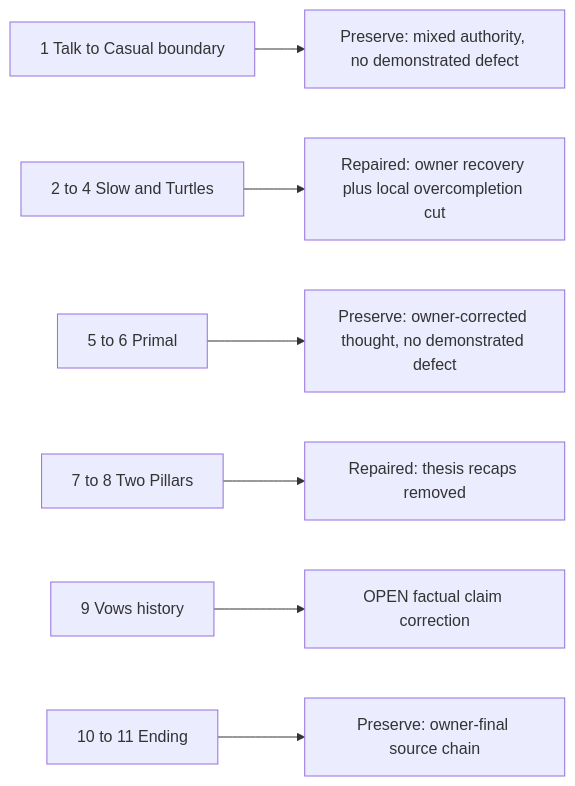
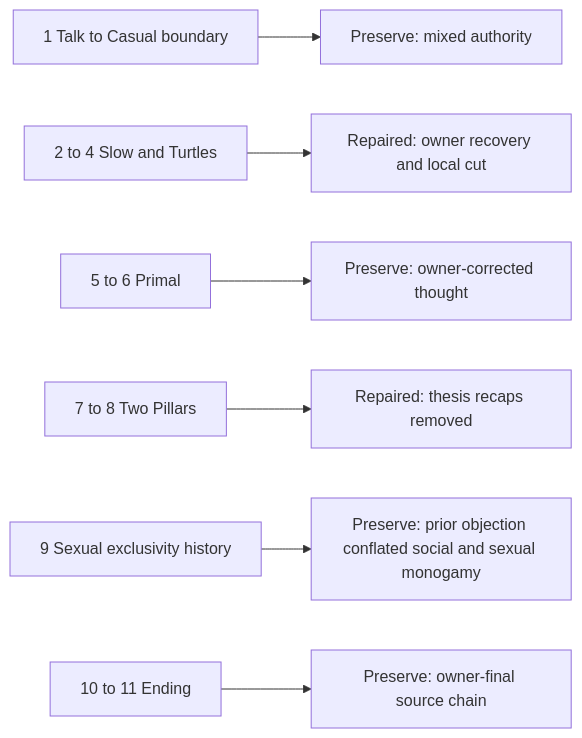
Before and after one commit to u-dont-existDOTcom/pangram-humanization-lab: the fourth of 4 diagrams in work/romance-current-assembly/ARCHITECTURE.md, drawn with Mermaid. The commit also changed other lines of this file, not shown here.

Commit message:
state: resolve Gandarussa and sexual-monogamy owner corrections

````diff
--- a/work/romance-current-assembly/ARCHITECTURE.md
+++ b/work/romance-current-assembly/ARCHITECTURE.md
@@ -85,9 +85,9 @@
 ```mermaid
 flowchart LR
-    talk["1 Talk to Casual boundary"] --> preserve1["Preserve: mixed authority, no demonstrated defect"]
-    slow["2 to 4 Slow and Turtles"] --> repaired1["Repaired: owner recovery plus local overcompletion cut"]
-    primal["5 to 6 Primal"] --> preserve2["Preserve: owner-corrected thought, no demonstrated defect"]
+    talk["1 Talk to Casual boundary"] --> preserve1["Preserve: mixed authority"]
+    slow["2 to 4 Slow and Turtles"] --> repaired1["Repaired: owner recovery and local cut"]
+    primal["5 to 6 Primal"] --> preserve2["Preserve: owner-corrected thought"]
     pillars["7 to 8 Two Pillars"] --> repaired2["Repaired: thesis recaps removed"]
-    vows["9 Vows history"] --> fact1["OPEN factual claim correction"]
+    vows["9 Sexual exclusivity history"] --> preserve4["Preserve: prior objection conflated social and sexual monogamy"]
     ending["10 to 11 Ending"] --> preserve3["Preserve: owner-final source chain"]
 ```
````
